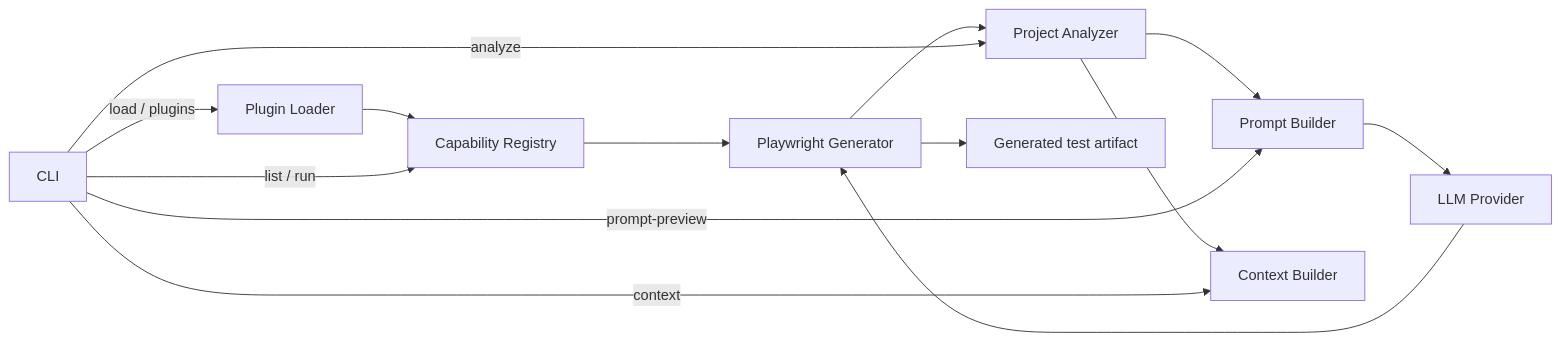
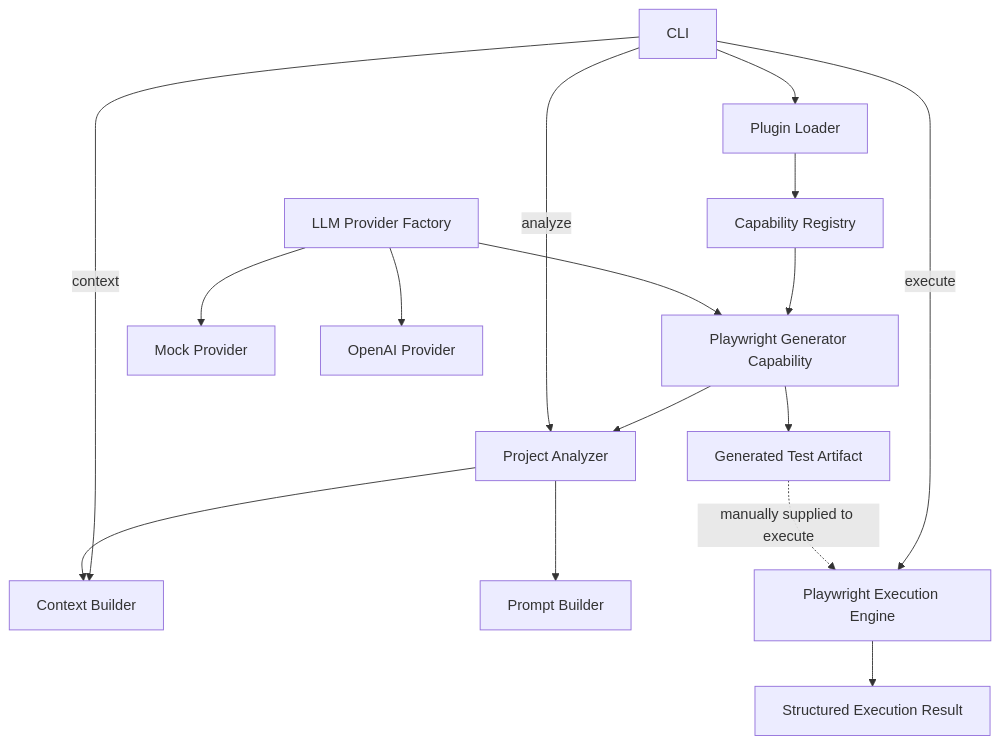
The diagram in README.md (jkishnan/AI-QE-OS), drawn with Mermaid before and after one commit. The commit also changed other lines of this file and 2 other files, not shown here.

````diff
--- a/README.md
+++ b/README.md
@@ -11,17 +11,28 @@
 ```mermaid
-flowchart LR
-    CLI[CLI] -->|load / plugins| Loader[Plugin Loader]
-    Loader --> Registry[Capability Registry]
-    CLI -->|list / run| Registry
-    Registry --> Generator[Playwright Generator]
-    Generator --> Analyzer[Project Analyzer]
-    Analyzer --> Prompt[Prompt Builder]
-    Prompt --> Provider[LLM Provider]
-    Provider --> Generator
-    Generator --> Artifact[Generated test artifact]
+flowchart TD
+    CLI[CLI]
+    Loader[Plugin Loader]
+    Registry[Capability Registry]
+    Generator[Playwright Generator Capability]
+    Analyzer[Project Analyzer]
+    Context[Context Builder]
+    Prompt[Prompt Builder]
+    Factory[LLM Provider Factory]
+    Mock[Mock Provider]
+    OpenAI[OpenAI Provider]
+    Artifact[Generated Test Artifact]
+    Executor[Playwright Execution Engine]
+    Result[Structured Execution Result]
 
+    CLI --> Loader --> Registry --> Generator
+    Generator --> Analyzer --> Prompt
+    Factory --> Mock
+    Factory --> OpenAI
+    Factory --> Generator
+    Generator --> Artifact
     CLI -->|analyze| Analyzer
-    Analyzer --> Context[Context Builder]
     CLI -->|context| Context
-    CLI -->|prompt-preview| Prompt
+    Analyzer --> Context
+    CLI -->|execute| Executor --> Result
+    Artifact -. manually supplied to execute .-> Executor
 ```
````
